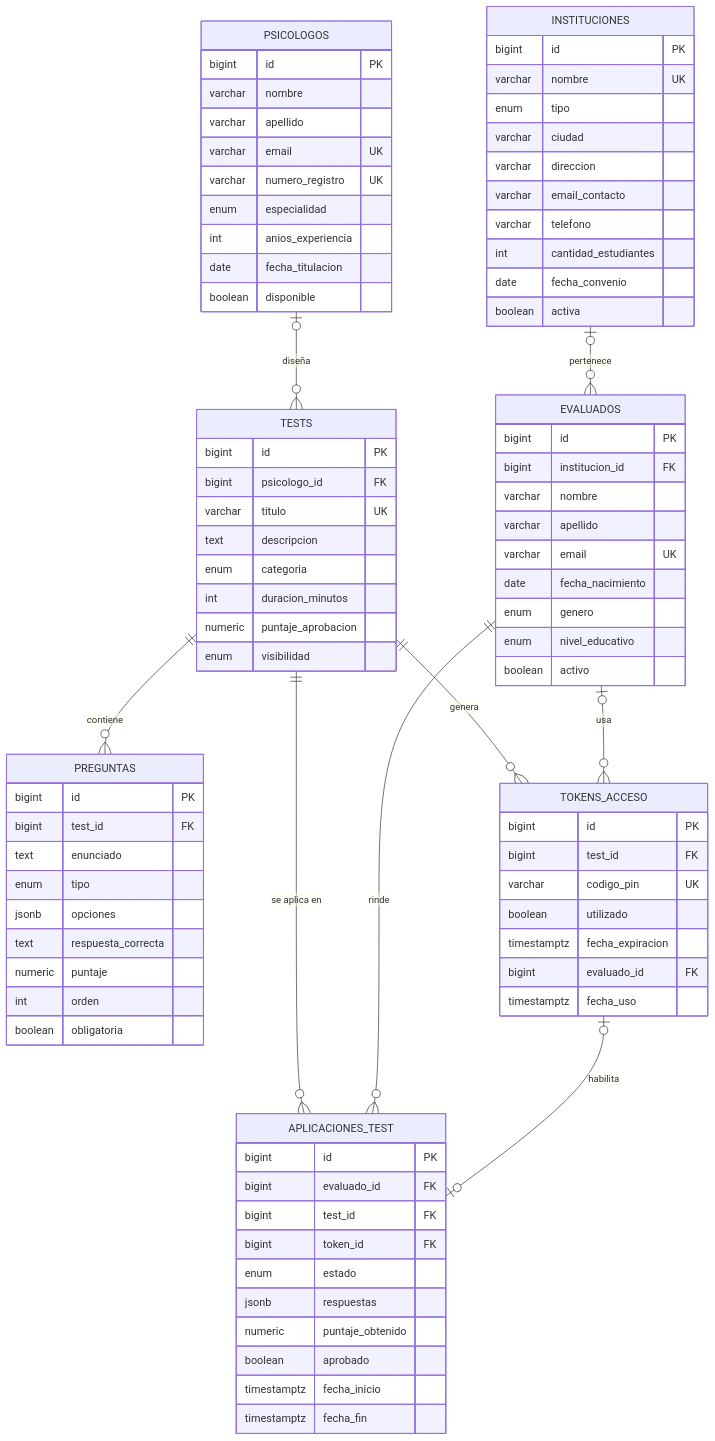
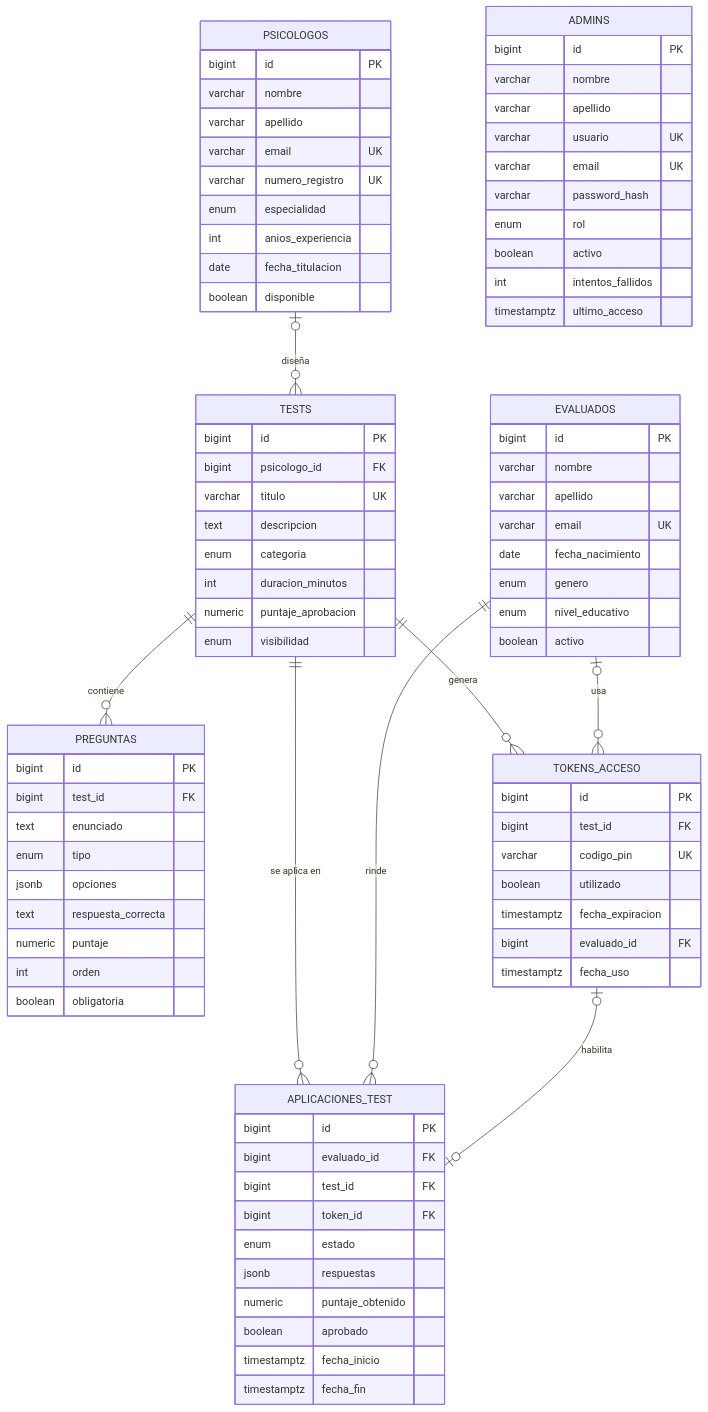
The diagram in README.md (bairoz/taller-2ServiciosWeb), drawn with Mermaid before and after one commit. The commit also changed other lines of this file and 3 other files, not shown here.

First line of the commit message:
Reemplazar instituciones por admins como entidad principal

````diff
--- a/README.md
+++ b/README.md
@@ -106,6 +107,5 @@
 ```mermaid
 erDiagram
-    INSTITUCIONES |o--o{ EVALUADOS : "pertenece"
     PSICOLOGOS |o--o{ TESTS : "diseña"
     TESTS ||--o{ PREGUNTAS : contiene
     TESTS ||--o{ TOKENS_ACCESO : genera
@@ -114,21 +114,20 @@
     EVALUADOS |o--o{ TOKENS_ACCESO : usa
     TOKENS_ACCESO |o--o| APLICACIONES_TEST : habilita
 
-    INSTITUCIONES {
+    ADMINS {
         bigint id PK
-        varchar nombre UK
-        enum tipo
-        varchar ciudad
-        varchar direccion
-        varchar email_contacto
-        varchar telefono
-        int cantidad_estudiantes
-        date fecha_convenio
-        boolean activa
+        varchar nombre
+        varchar apellido
+        varchar usuario UK
+        varchar email UK
+        varchar password_hash
+        enum rol
+        boolean activo
+        int intentos_fallidos
+        timestamptz ultimo_acceso
     }
     EVALUADOS {
         bigint id PK
-        bigint institucion_id FK
         varchar nombre
         varchar apellido
         varchar email UK
````
